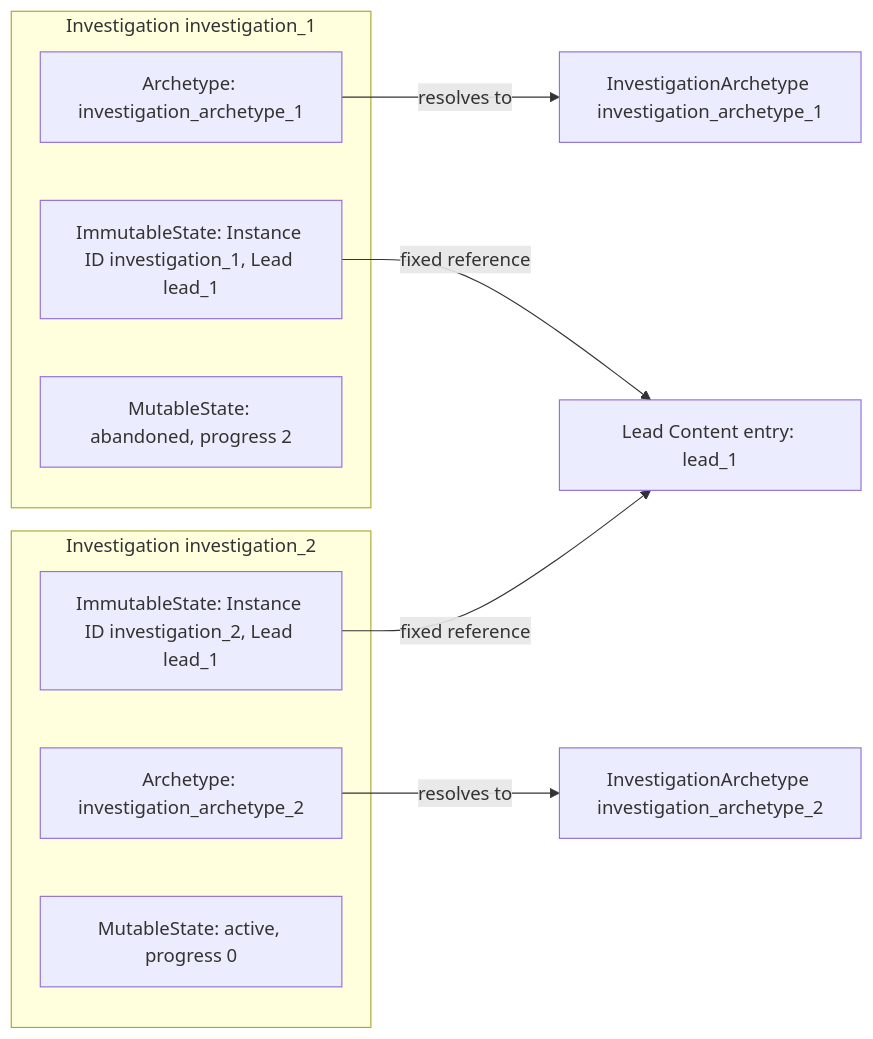
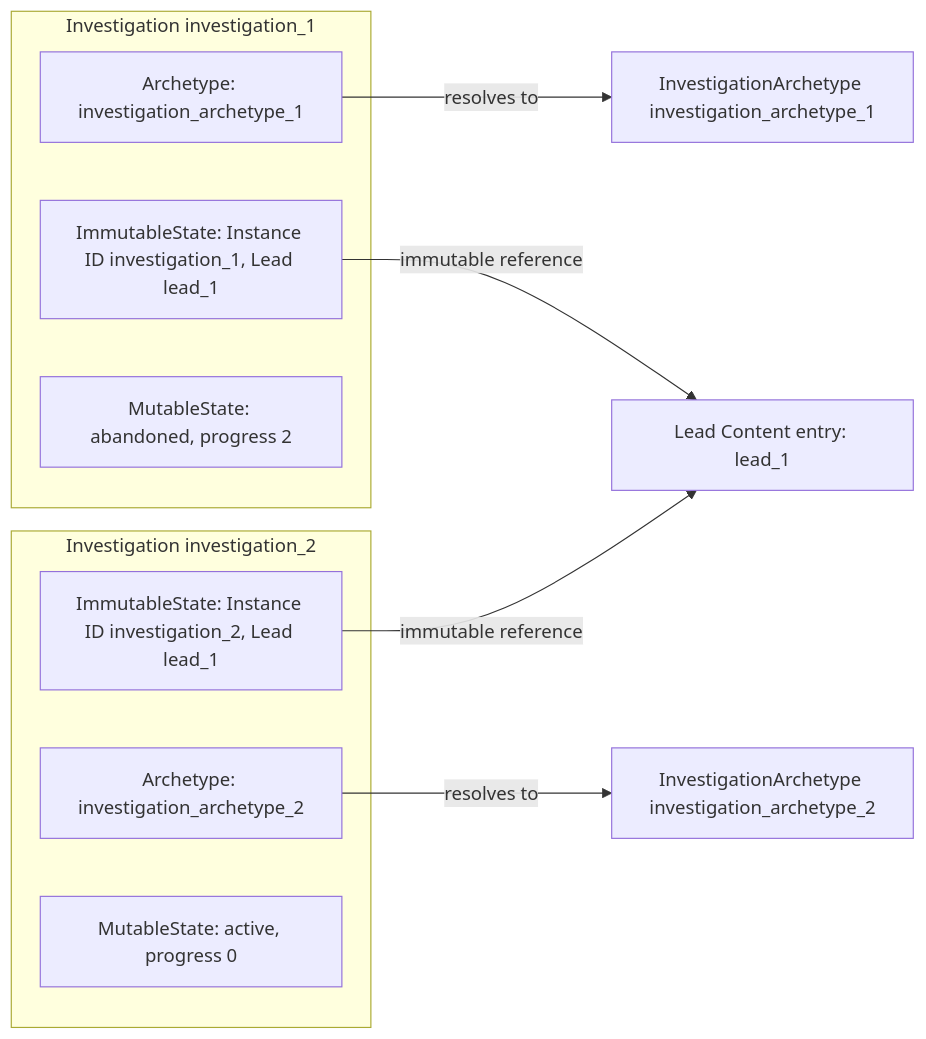
The third of 3 diagrams in docs/specs/foundation/modeling-foundations.md (konrad-jamrozik/game-v5), drawn with Mermaid before and after one commit. The commit also changed other lines of this file and 3 other files, not shown here.

Commit message:
Clarify immutable and mutable reference terminology

````diff
--- a/docs/specs/foundation/modeling-foundations.md
+++ b/docs/specs/foundation/modeling-foundations.md
@@ -270,20 +270,20 @@
 ```mermaid
 flowchart LR
     lead_1["Lead Content entry: lead_1"]
     investigation_archetype_1["InvestigationArchetype investigation_archetype_1"]
     investigation_archetype_2["InvestigationArchetype investigation_archetype_2"]
     subgraph investigation_1["Investigation investigation_1"]
         investigation_1_archetype["Archetype: investigation_archetype_1"]
         investigation_1_immutable_state["ImmutableState: Instance ID investigation_1, Lead lead_1"]
         investigation_1_mutable_state["MutableState: abandoned, progress 2"]
     end
     subgraph investigation_2["Investigation investigation_2"]
         investigation_2_archetype["Archetype: investigation_archetype_2"]
         investigation_2_immutable_state["ImmutableState: Instance ID investigation_2, Lead lead_1"]
         investigation_2_mutable_state["MutableState: active, progress 0"]
     end
     investigation_1_archetype -->|resolves to| investigation_archetype_1
     investigation_2_archetype -->|resolves to| investigation_archetype_2
-    investigation_1_immutable_state -->|fixed reference| lead_1
-    investigation_2_immutable_state -->|fixed reference| lead_1
+    investigation_1_immutable_state -->|immutable reference| lead_1
+    investigation_2_immutable_state -->|immutable reference| lead_1
 ```
````
